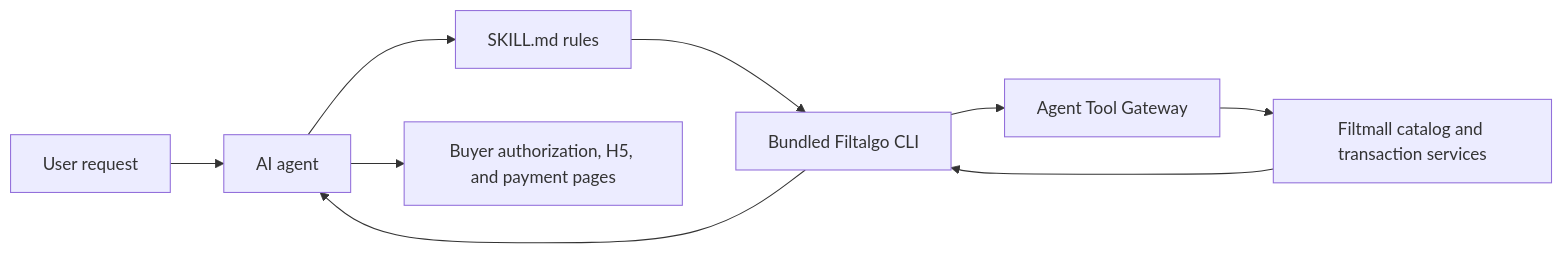
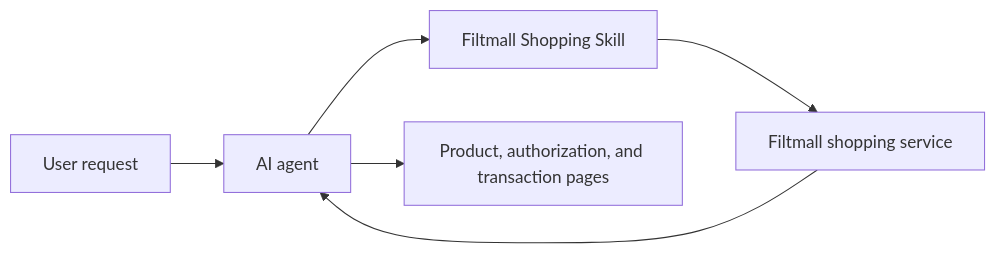
The diagram in README.md (filtalgo/Filtmall-Shopping-Skill), drawn with Mermaid before and after one commit. The commit also changed other lines of this file and 1 other file, not shown here.

Commit message:
clarify public architecture and company profile

````diff
--- a/README.md
+++ b/README.md
@@ -48,11 +48,8 @@
 ```mermaid
 flowchart LR
     U["User request"] --> A["AI agent"]
-    A --> S["SKILL.md rules"]
-    S --> C["Bundled Filtalgo CLI"]
-    C --> G["Agent Tool Gateway"]
-    G --> F["Filtmall catalog and transaction services"]
-    F --> C
-    C --> A
-    A --> H["Buyer authorization, H5, and payment pages"]
+    A --> S["Filtmall Shopping Skill"]
+    S --> F["Filtmall shopping service"]
+    F --> A
+    A --> H["Product, authorization, and transaction pages"]
 ```
````
